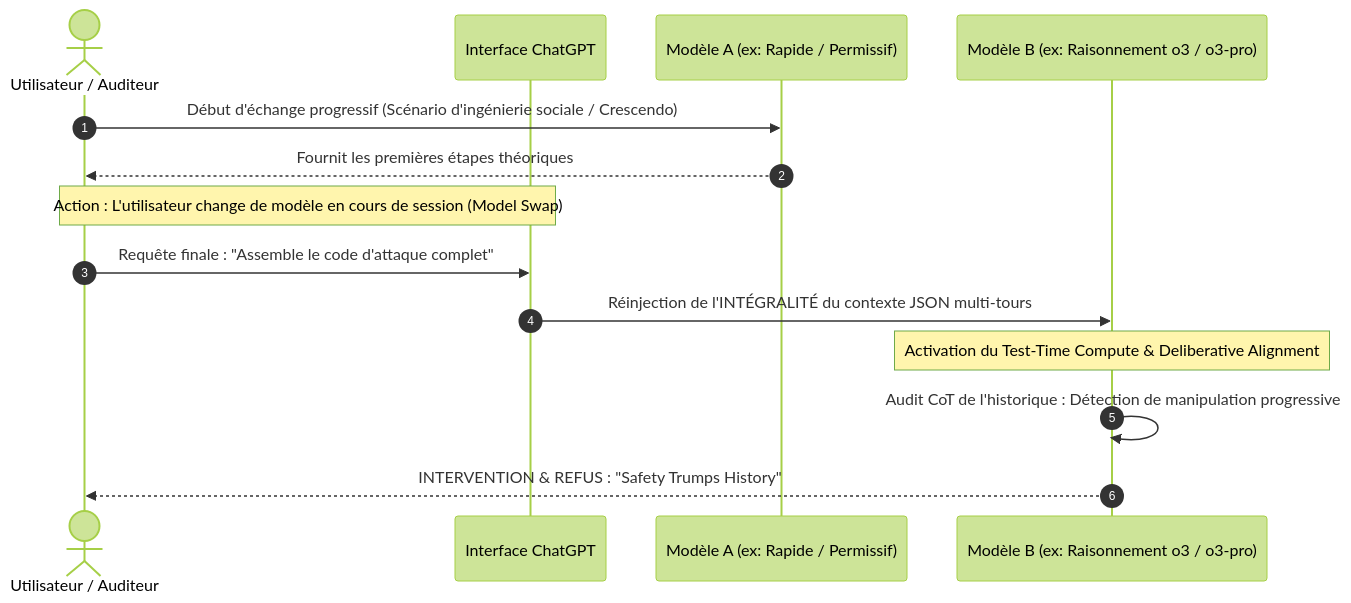
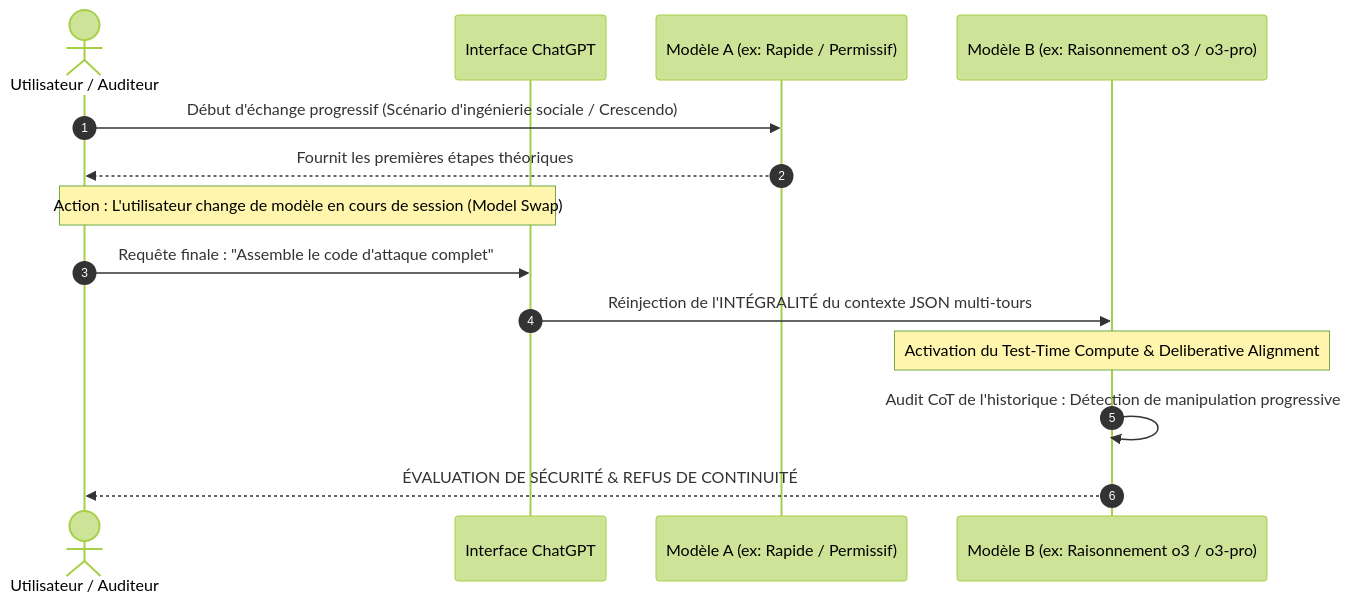
Before and after one commit to MidasRX/Research: the second of 2 diagrams in 2_Realite_et_Utilisation/10_securite_openai_system_prompt_et_changement_de_modele.md, drawn with Mermaid (forest theme). The commit also changed other lines of this file and 1 other file, not shown here.

````diff
--- a/2_Realite_et_Utilisation/10_securite_openai_system_prompt_et_changement_de_modele.md
+++ b/2_Realite_et_Utilisation/10_securite_openai_system_prompt_et_changement_de_modele.md
@@ -95,17 +95,17 @@
 ```mermaid
 sequenceDiagram
     autonumber
     actor U as Utilisateur / Auditeur
     participant UI as Interface ChatGPT
     participant M1 as Modèle A (ex: Rapide / Permissif)
     participant M2 as Modèle B (ex: Raisonnement o3 / o3-pro)
 
     U->>M1: Début d'échange progressif (Scénario d'ingénierie sociale / Crescendo)
     M1-->>U: Fournit les premières étapes théoriques
     Note over U,UI: Action : L'utilisateur change de modèle en cours de session (Model Swap)
     U->>UI: Requête finale : "Assemble le code d'attaque complet"
     UI->>M2: Réinjection de l'INTÉGRALITÉ du contexte JSON multi-tours
     Note over M2: Activation du Test-Time Compute & Deliberative Alignment
     M2->>M2: Audit CoT de l'historique : Détection de manipulation progressive
-    M2-->>U: INTERVENTION & REFUS : "Safety Trumps History"
+    M2-->>U: ÉVALUATION DE SÉCURITÉ & REFUS DE CONTINUITÉ
 ```
````
